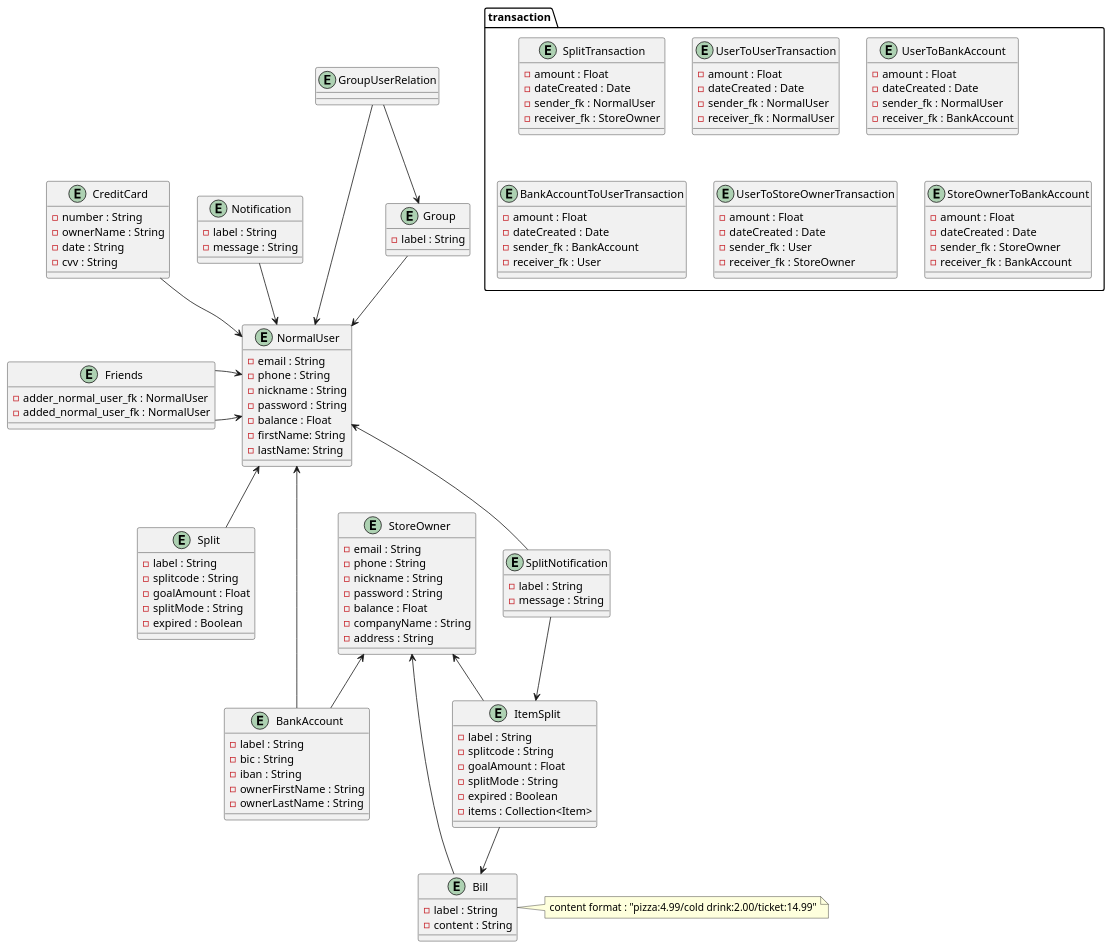
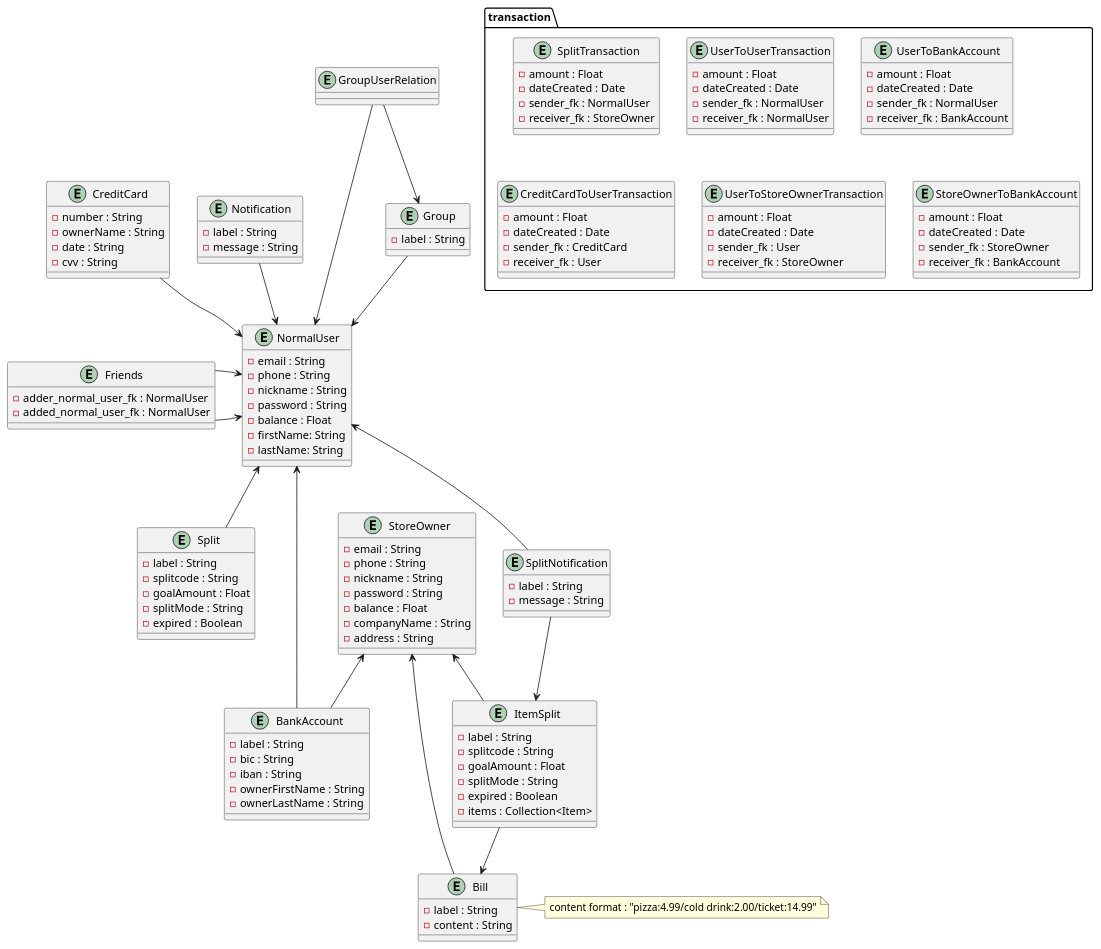
Before and after one commit to Julien-Wiegandt/SplitPay: the diagram in documentation/database/mysql/mysql_db_class_diagram.puml, drawn with PlantUML. The commit also changed 30 other files, not shown here.

```diff
--- a/documentation/database/mysql/mysql_db_class_diagram.puml
+++ b/documentation/database/mysql/mysql_db_class_diagram.puml
@@ -1,158 +1,158 @@
 @startuml domain_analysis
 
 entity BankAccount {
   - label : String
   - bic : String
   - iban : String
   - ownerFirstName : String
   - ownerLastName : String
 }
 
 entity Split {
   - label : String
   - splitcode : String
   - goalAmount : Float
   - splitMode : String
   - expired : Boolean
 }
 
 entity ItemSplit {
     - label : String
     - splitcode : String
     - goalAmount : Float
     - splitMode : String
     - expired : Boolean
     - items : Collection<Item>
 }
 
 entity Bill {
   - label : String
   - content : String
 }
 
 note right of Bill
 content format : "pizza:4.99/cold drink:2.00/ticket:14.99"
 endnote
 
 
 entity Notification {
   - label : String
   - message : String
 }
 
 entity SplitNotification {
     - label : String
     - message : String
 }
 
 entity Group {
   - label : String
 }
 
 entity CreditCard {
   - number : String
   - ownerName : String
   - date : String
   - cvv : String
 }
 
 entity NormalUser {
     - email : String
     - phone : String
     - nickname : String
     - password : String
     - balance : Float
     - firstName: String
     - lastName: String
 }
 
 entity StoreOwner {
     - email : String
     - phone : String
     - nickname : String
     - password : String
     - balance : Float
     - companyName : String
     - address : String
 }
 
 package transaction <<Folder>> {
 
     entity SplitTransaction{
         - amount : Float
         - dateCreated : Date
         - sender_fk : NormalUser
         - receiver_fk : StoreOwner
     }
 
     entity UserToUserTransaction {
         - amount : Float
         - dateCreated : Date
         - sender_fk : NormalUser
         - receiver_fk : NormalUser
         }
 
 
     entity UserToBankAccount {
         - amount : Float
         - dateCreated : Date
         - sender_fk : NormalUser
         - receiver_fk : BankAccount
     }
 
-    entity BankAccountToUserTransaction{
+    entity CreditCardToUserTransaction{
         - amount : Float
         - dateCreated : Date
-        - sender_fk : BankAccount
+        - sender_fk : CreditCard
         - receiver_fk : User
     }
 
     entity UserToStoreOwnerTransaction {
         - amount : Float
         - dateCreated : Date
         - sender_fk : User
         - receiver_fk : StoreOwner
     }
 
     entity StoreOwnerToBankAccount {
         - amount : Float
         - dateCreated : Date
         - sender_fk : StoreOwner
         - receiver_fk : BankAccount
     }
 }
 
 entity GroupUserRelation{
 
 }
 
 entity Friends {
     - adder_normal_user_fk : NormalUser
     - added_normal_user_fk : NormalUser
 }
 
 GroupUserRelation --> Group
 GroupUserRelation --> NormalUser
 
 NormalUser <-- BankAccount
 StoreOwner <-- BankAccount
 
 NormalUser <-- Split
 StoreOwner <-- ItemSplit
 
 
 NormalUser <-up- Notification
 NormalUser <--  SplitNotification
 NormalUser <-up- CreditCard
 
 Friends -> NormalUser
 Friends -> NormalUser
 
 ItemSplit -->  Bill
 SplitNotification -->  ItemSplit
 
 
 Group -->  NormalUser
 StoreOwner  <-- Bill
 
 @enduml
```
